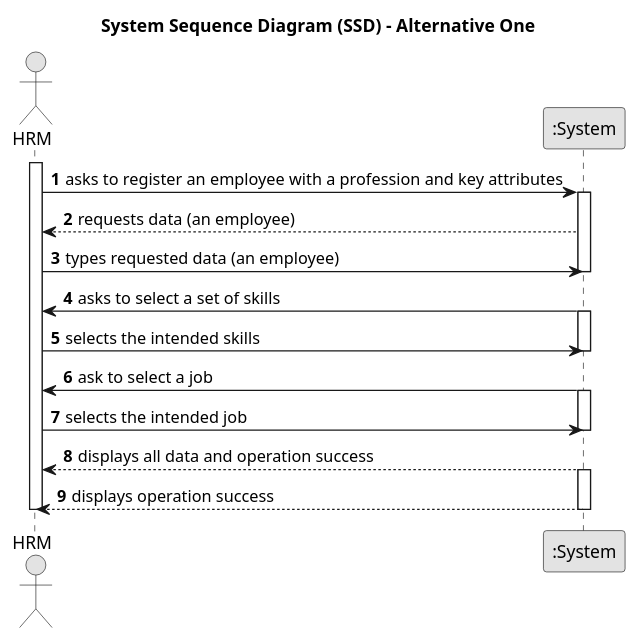
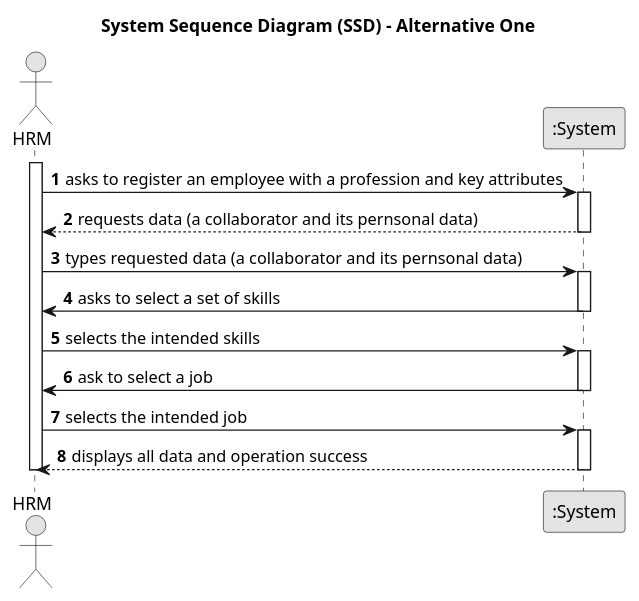
One commit to Departamento-de-Engenharia-Informatica/lei-24-s2-1df-1de-g063 changed the diagram in docs/sprint B/us003/01.requirements-engineering/puml/us003-system-sequence-diagram-alternative-one.puml. Above: the diagram before and after it, drawn with PlantUML. The commit also changed 1 other file, not shown here.

```diff
--- a/docs/sprint B/us003/01.requirements-engineering/puml/us003-system-sequence-diagram-alternative-one.puml
+++ b/docs/sprint B/us003/01.requirements-engineering/puml/us003-system-sequence-diagram-alternative-one.puml
@@ -1,28 +1,27 @@
 @startuml
 skinparam monochrome true
 skinparam packageStyle rectangle
 skinparam shadowing false
 title System Sequence Diagram (SSD) - Alternative One
 autonumber
 actor "HRM" as HRM
 participant ":System" as System
 activate HRM
     HRM -> System : asks to register an employee with a profession and key attributes
     activate System
-        System --> HRM : requests data (an employee)
-    HRM -> System : types requested data (an employee)
-    deactivate System
+        System --> HRM : requests data (a collaborator and its pernsonal data)
+        deactivate System
+    HRM -> System : types requested data (a collaborator and its pernsonal data)
+    activate System
         System -> HRM : asks to select a set of skills
-        activate System
+        deactivate System
     HRM -> System : selects the intended skills
-    deactivate System
+    activate System
     System -> HRM : ask to select a job
-       activate System
+       deactivate System
     HRM -> System : selects the intended job
-    deactivate System
+    activate System
            System --> HRM : displays all data and operation success
-   activate System
-        System --> HRM : displays operation success
-   deactivate System
+           deactivate System
 deactivate HRM
 @enduml
```
